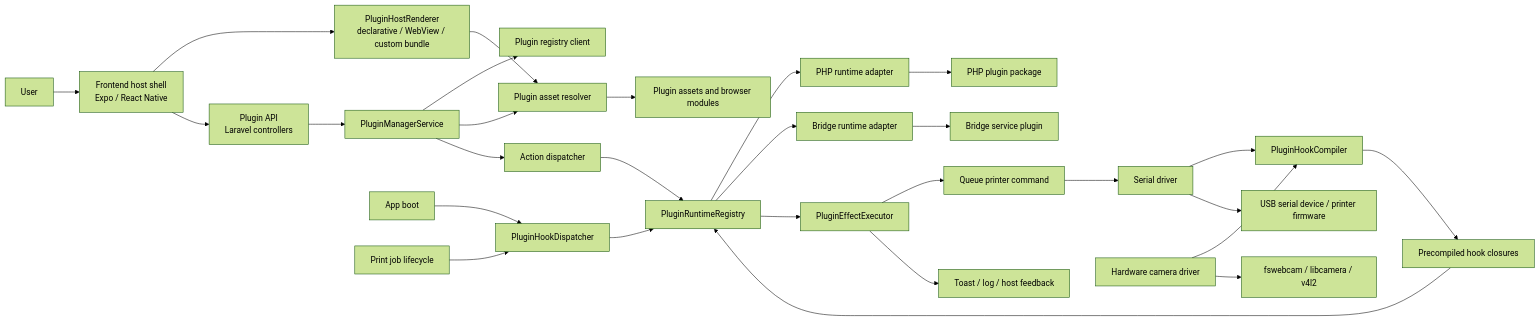
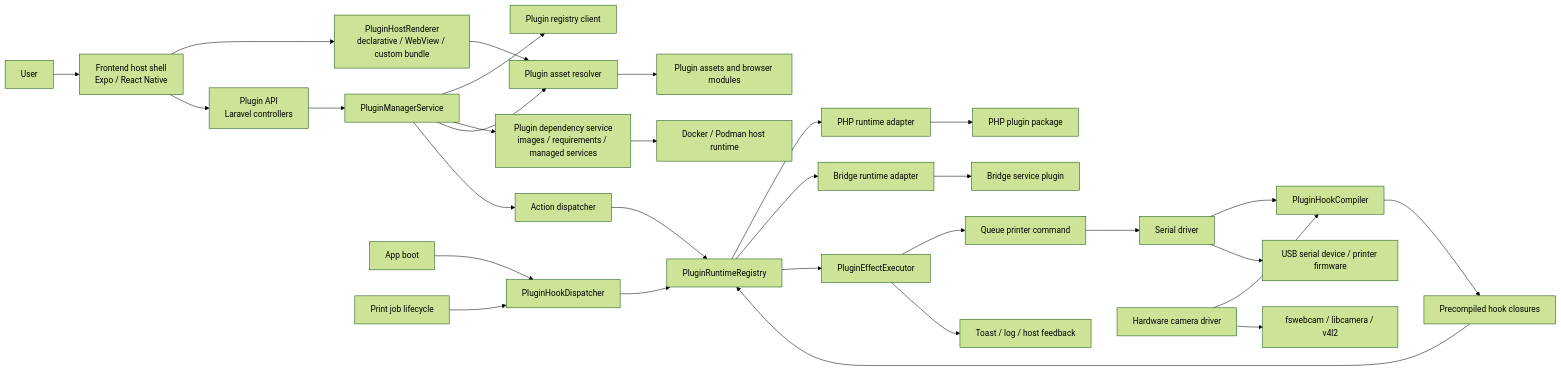
Before and after one commit to wprint3d/wprint3d: the first of 3 diagrams in docs/plugin-sdk-reference.md, drawn with Mermaid (forest theme). The commit also changed other lines of this file and 19 other files, not shown here.

First line of the commit message:
feat(plugins): add heavyweight plugin support with container image dependencies

````diff
--- a/docs/plugin-sdk-reference.md
+++ b/docs/plugin-sdk-reference.md
@@ -20,36 +20,38 @@
 ```mermaid
 flowchart LR
     User[User] --> FE[Frontend host shell<br/>Expo / React Native]
     FE --> UIHost[PluginHostRenderer<br/>declarative / WebView / custom bundle]
     FE --> API[Plugin API<br/>Laravel controllers]
 
     API --> PM[PluginManagerService]
     PM --> Registry[Plugin registry client]
+    PM --> Dependencies[Plugin dependency service<br/>images / requirements / managed services]
     PM --> Assets[Plugin asset resolver]
     PM --> Actions[Action dispatcher]
 
     Actions --> RuntimeRegistry[PluginRuntimeRegistry]
     RuntimeRegistry --> PhpRuntime[PHP runtime adapter]
     RuntimeRegistry --> BridgeRuntime[Bridge runtime adapter]
     PhpRuntime --> PhpPlugin[PHP plugin package]
     BridgeRuntime --> BridgePlugin[Bridge service plugin]
 
     AppBoot[App boot] --> OneShot[PluginHookDispatcher]
     PrintJob[Print job lifecycle] --> OneShot
     Serial[Serial driver] --> HookCompiler[PluginHookCompiler]
     Camera[Hardware camera driver] --> HookCompiler
 
     HookCompiler --> CompiledHooks[Precompiled hook closures]
     OneShot --> RuntimeRegistry
     CompiledHooks --> RuntimeRegistry
 
     RuntimeRegistry --> Effects[PluginEffectExecutor]
     Effects --> Queue[Queue printer command]
     Effects --> Toast[Toast / log / host feedback]
+    Dependencies --> ContainerRuntime[Docker / Podman host runtime]
 
     Queue --> Serial
     Serial --> USB[USB serial device / printer firmware]
     Camera --> Capture[fswebcam / libcamera / v4l2]
     UIHost --> Assets
     Assets --> UIBundle[Plugin assets and browser modules]
 ```
````
